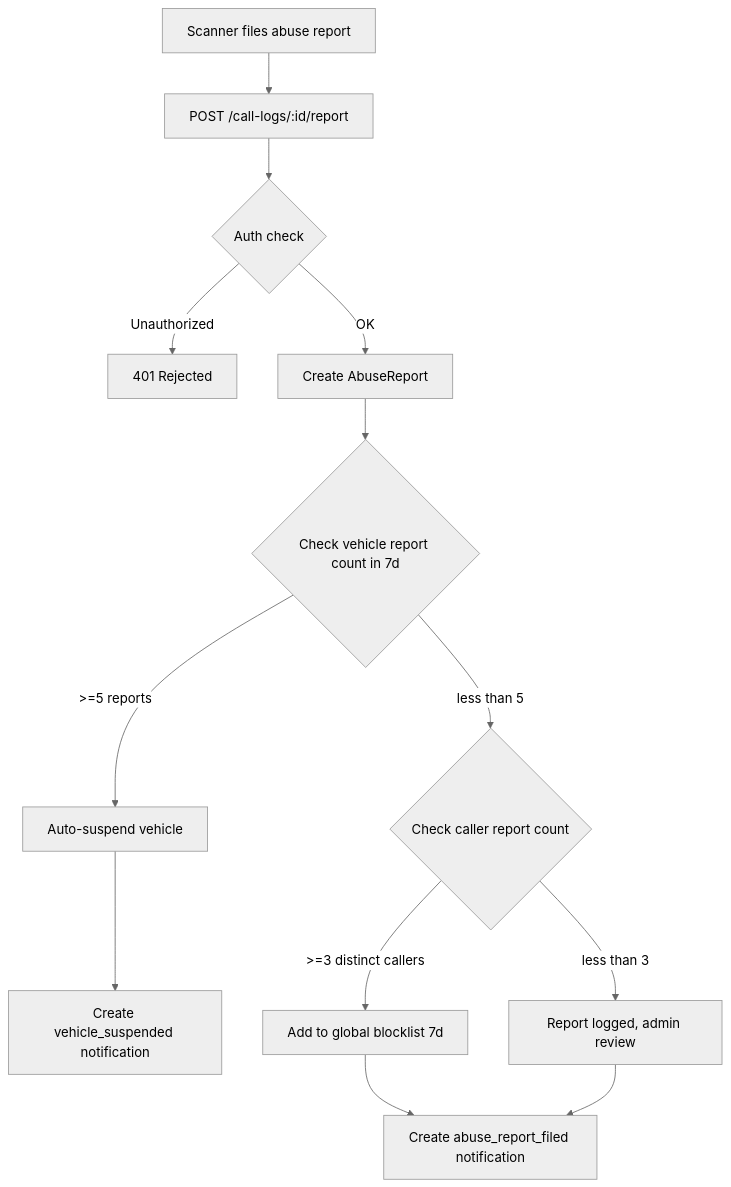
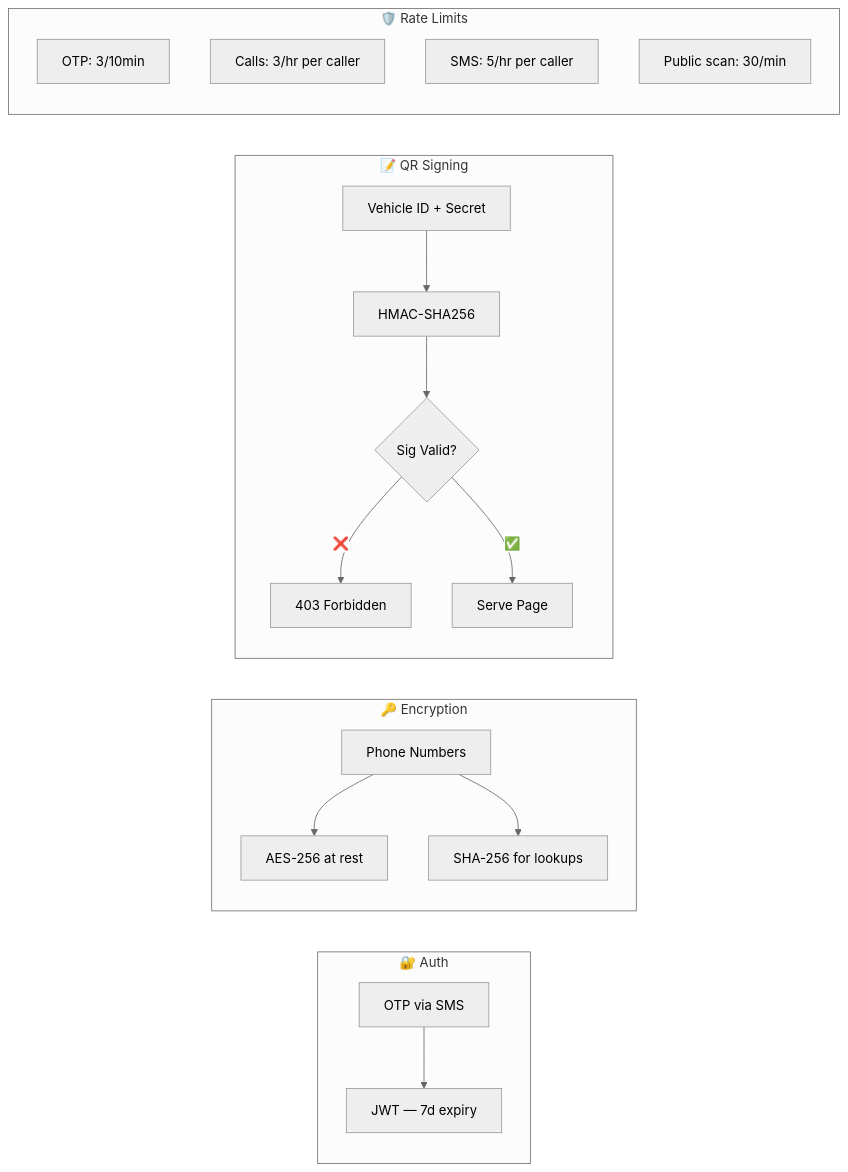
Before and after one commit to prabhleen003/Sampark: the eighth of 9 diagrams in README.md, drawn with Mermaid (neutral theme). The commit also changed other lines of this file, not shown here.

````diff
--- a/README.md
+++ b/README.md
@@ -259,15 +410,22 @@
 ```mermaid
-flowchart TD
-    A[Scanner files abuse report] --> B[POST /call-logs/:id/report]
-    B --> C{Auth check}
-    C -->|Unauthorized| D[401 Rejected]
-    C -->|OK| E[Create AbuseReport]
-    E --> F{Check vehicle report count in 7d}
-    F -->|>=5 reports| G[Auto-suspend vehicle]
-    G --> H[Create vehicle_suspended notification]
-    F -->|less than 5| I{Check caller report count}
-    I -->|>=3 distinct callers| J[Add to global blocklist 7d]
-    I -->|less than 3| K[Report logged, admin review]
-    J --> L[Create abuse_report_filed notification]
-    K --> L
+flowchart LR
+    subgraph Auth["🔐 Auth"]
+        A[OTP via SMS] --> B[JWT — 7d expiry]
+    end
+    subgraph Encryption["🔑 Encryption"]
+        C[Phone Numbers] --> D[AES-256 at rest]
+        C --> E[SHA-256 for lookups]
+    end
+    subgraph QR["📝 QR Signing"]
+        F[Vehicle ID + Secret] --> G[HMAC-SHA256]
+        G --> H{Sig Valid?}
+        H -->|❌| I[403 Forbidden]
+        H -->|✅| J[Serve Page]
+    end
+    subgraph RateLimits["🛡️ Rate Limits"]
+        K[OTP: 3/10min]
+        L[Calls: 3/hr per caller]
+        M[SMS: 5/hr per caller]
+        N[Public scan: 30/min]
+    end
 ```
````
